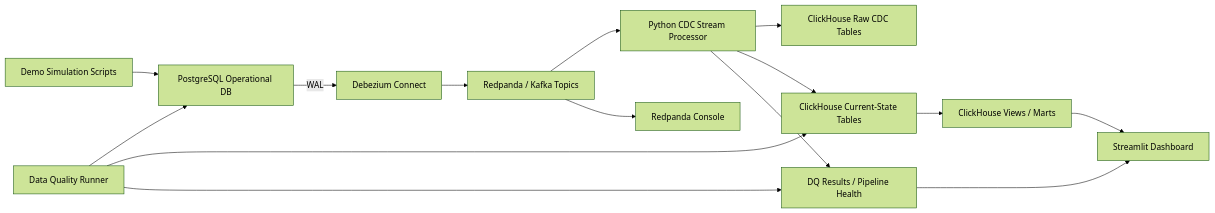
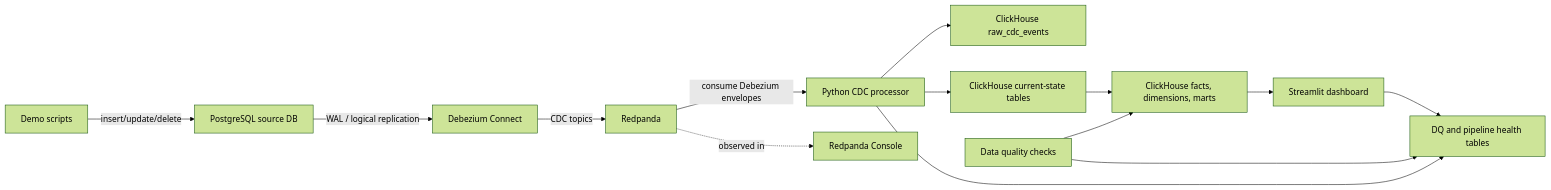
One commit to bulgogipedas/change-data-capture changed the diagram in README.md. Above: the diagram before and after it, drawn with Mermaid (forest theme). The commit also changed other lines of this file and 8 other files, not shown here.

````diff
--- a/README.md
+++ b/README.md
@@ -17,17 +38,16 @@
 ```mermaid
 flowchart LR
-    A["PostgreSQL Operational DB"] -->|WAL| B["Debezium Connect"]
-    B --> C["Redpanda / Kafka Topics"]
-    C --> D["Python CDC Stream Processor"]
-    D --> E["ClickHouse Raw CDC Tables"]
-    D --> F["ClickHouse Current-State Tables"]
-    F --> G["ClickHouse Views / Marts"]
-    G --> H["Streamlit Dashboard"]
-    I["Demo Simulation Scripts"] --> A
-    J["Data Quality Runner"] --> A
-    J --> F
-    J --> K["DQ Results / Pipeline Health"]
-    D --> K
-    C --> L["Redpanda Console"]
-    K --> H
+    S["Demo scripts"] -->|insert/update/delete| P["PostgreSQL source DB"]
+    P -->|WAL / logical replication| D["Debezium Connect"]
+    D -->|CDC topics| R["Redpanda"]
+    R -->|consume Debezium envelopes| C["Python CDC processor"]
+    C --> RAW["ClickHouse raw_cdc_events"]
+    C --> CUR["ClickHouse current-state tables"]
+    CUR --> MART["ClickHouse facts, dimensions, marts"]
+    MART --> UI["Streamlit dashboard"]
+    Q["Data quality checks"] --> MART
+    Q --> HEALTH["DQ and pipeline health tables"]
+    C --> HEALTH
+    R -. observed in .-> RC["Redpanda Console"]
+    UI --> HEALTH
 ```
````
